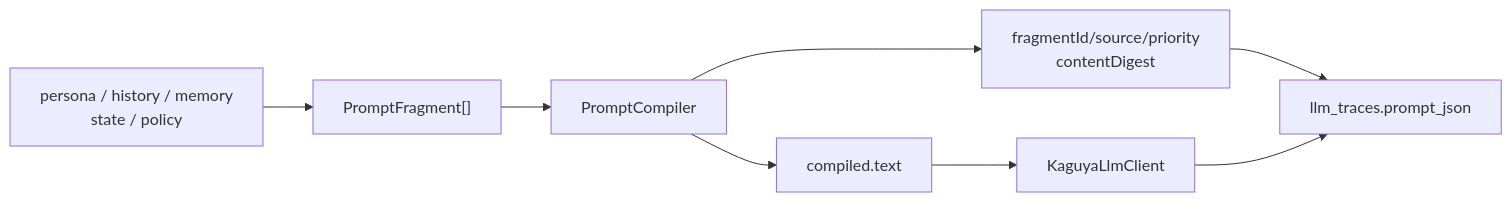
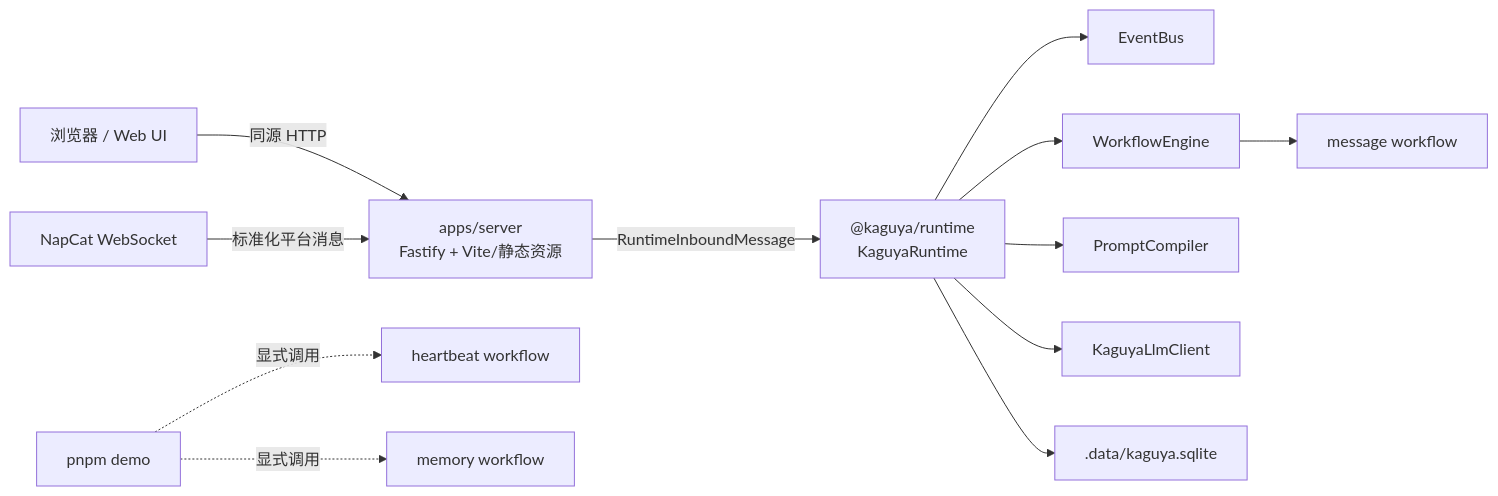
One commit to posanbu/Kaguya changed the first of 2 diagrams in docs/architecture.md. Above: the diagram before and after it, drawn with Mermaid. The commit also changed other lines of this file and 67 other files, not shown here.

Commit message:
refactor: unify runtime and server entrypoint

````diff
--- a/docs/architecture.md
+++ b/docs/architecture.md
@@ -284,10 +7,14 @@
 ```mermaid
 flowchart LR
-  Sources["persona / history / memory<br/>state / policy"] --> Fragments["PromptFragment[]"]
-  Fragments --> Compiler["PromptCompiler"]
-  Compiler --> Text["compiled.text"]
-  Compiler --> Provenance["fragmentId/source/priority<br/>contentDigest"]
-  Text --> LLM["KaguyaLlmClient"]
-  Provenance --> Trace["llm_traces.prompt_json"]
-  LLM --> Trace
+  Browser["浏览器 / Web UI"] -->|"同源 HTTP"| Server["apps/server\nFastify + Vite/静态资源"]
+  NapCat["NapCat WebSocket"] -->|"标准化平台消息"| Server
+  Server -->|"RuntimeInboundMessage"| Runtime["@kaguya/runtime\nKaguyaRuntime"]
+  Runtime --> EventBus["EventBus"]
+  Runtime --> Engine["WorkflowEngine"]
+  Runtime --> Prompt["PromptCompiler"]
+  Runtime --> LLM["KaguyaLlmClient"]
+  Runtime --> DB[".data/kaguya.sqlite"]
+  Engine --> Message["message workflow"]
+  Demo["pnpm demo"] -. "显式调用" .-> Heartbeat["heartbeat workflow"]
+  Demo -. "显式调用" .-> Memory["memory workflow"]
 ```
````
